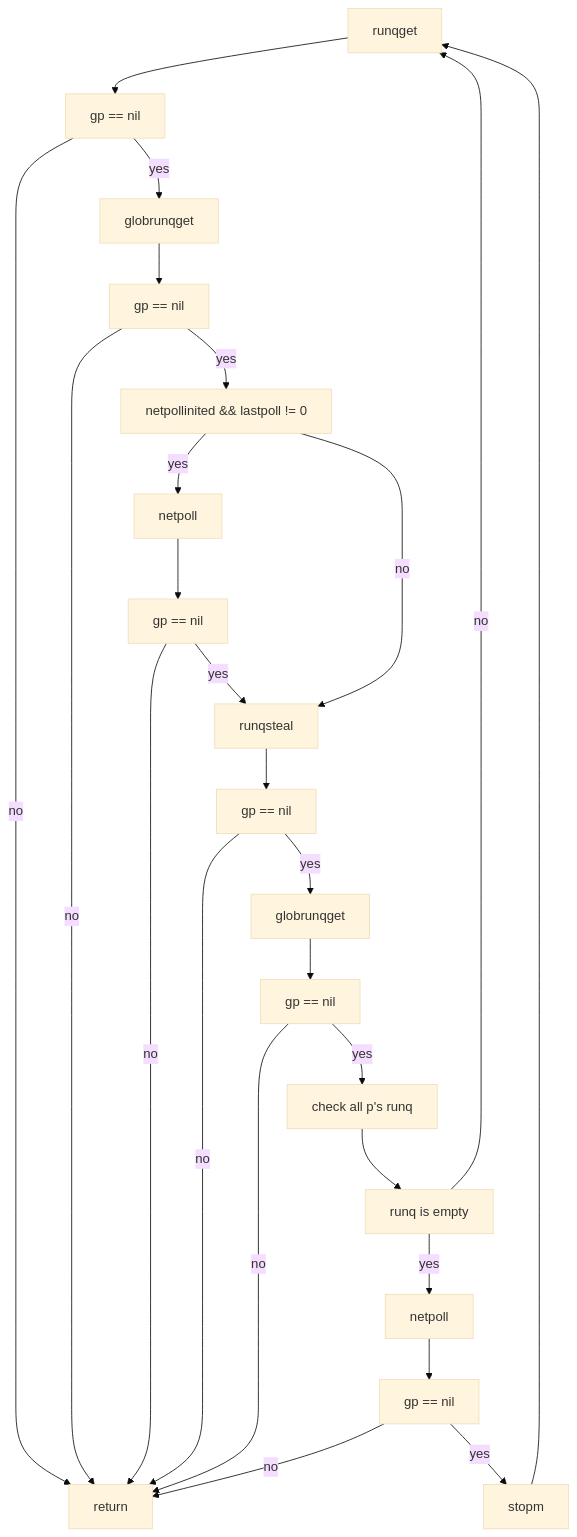
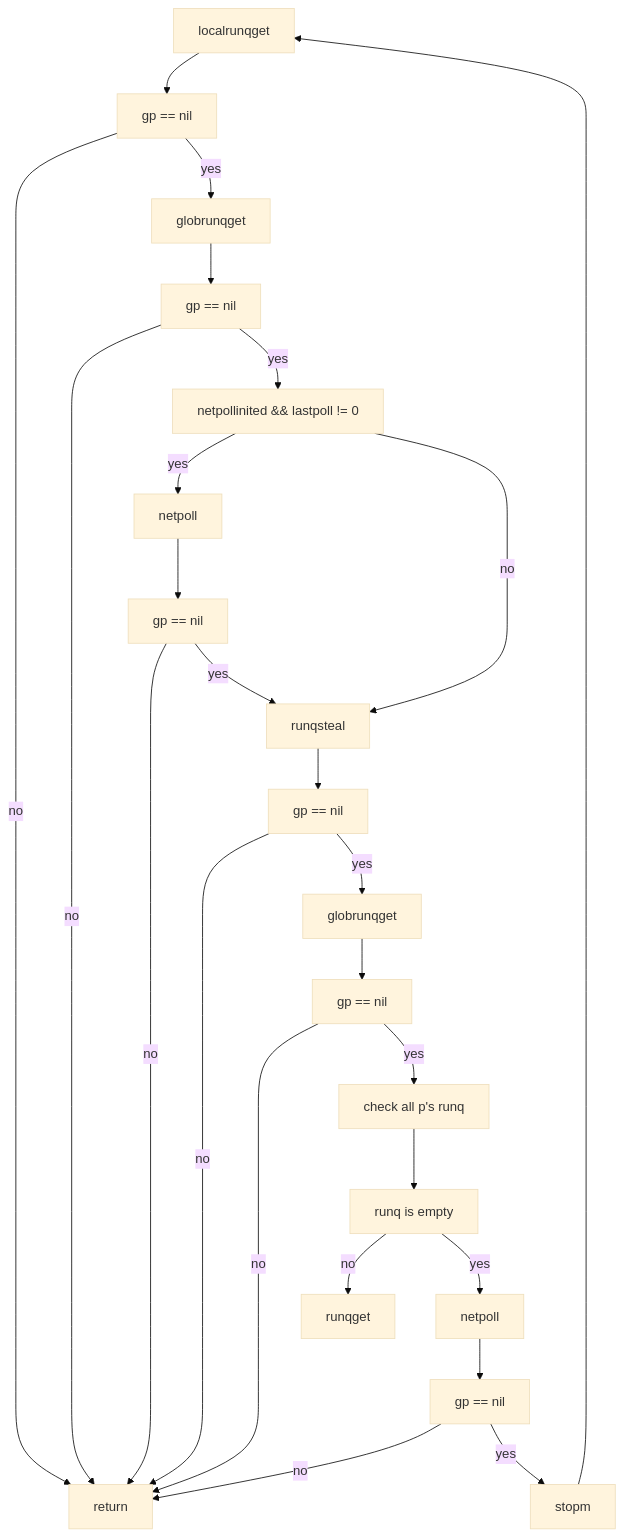
The tenth of 15 diagrams in scheduler.md (cch123/golang-notes), drawn with Mermaid (base theme) before and after one commit.

Commit message:
runqget => localrunqget

````diff
--- a/scheduler.md
+++ b/scheduler.md
@@ -1619,27 +1619,27 @@
 ```mermaid
 graph TD
-runqget --> A[gp == nil]
+localrunqget --> A[gp == nil]
 A --> |no|return
 A --> |yes|globrunqget
 globrunqget --> B[gp == nil]
 B --> |no| return
 B --> |yes| C[netpollinited && lastpoll != 0]
 C --> |yes|netpoll
 netpoll --> K[gp == nil]
 K --> |no|return
 K --> |yes|runqsteal
 C --> |no|runqsteal
 runqsteal --> D[gp == nil]
 D --> |no|return
 D --> |yes|E[globrunqget]
 E --> F[gp == nil]
 F --> |no| return
 F --> |yes| G[check all p's runq]
 G --> H[runq is empty]
 H --> |no|runqget
 H --> |yes|I[netpoll]
 I --> J[gp == nil]
 J --> |no| return
 J --> |yes| stopm
-stopm --> runqget
+stopm --> localrunqget
 ```
````
